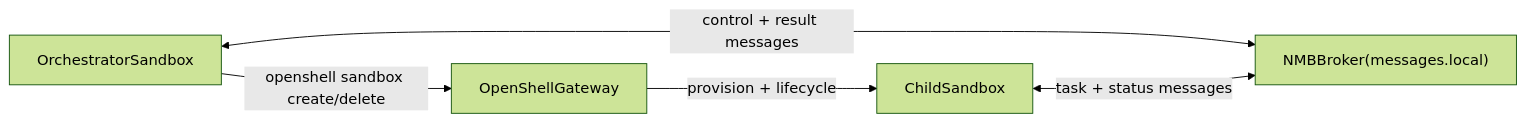
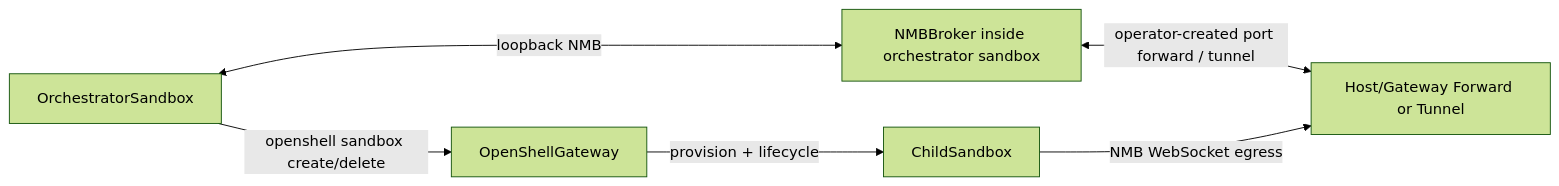
One commit to dpickem/nemoclaw_escapades changed the diagram in docs/sandbox_spawn_design.md. Above: the diagram before and after it, drawn with Mermaid (forest theme). The commit also changed other lines of this file, not shown here.

First line of the commit message:
docs(design): clarify sandbox-to-sandbox NMB rendezvous

````diff
--- a/docs/sandbox_spawn_design.md
+++ b/docs/sandbox_spawn_design.md
@@ -34,12 +34,14 @@
 ```mermaid
 flowchart LR
   orchestratorSandbox["OrchestratorSandbox"]
   openShellGateway["OpenShellGateway"]
   childSandbox["ChildSandbox"]
-  nmbBroker["NMBBroker(messages.local)"]
+  rendezvous["Host/Gateway Forward or Tunnel"]
+  nmbBroker["NMBBroker inside orchestrator sandbox"]
 
   orchestratorSandbox -->|"openshell sandbox create/delete"| openShellGateway
   openShellGateway -->|"provision + lifecycle"| childSandbox
-  orchestratorSandbox <-->|"control + result messages"| nmbBroker
-  childSandbox <-->|"task + status messages"| nmbBroker
+  nmbBroker <-->|"operator-created port forward / tunnel"| rendezvous
+  childSandbox -->|"NMB WebSocket egress"| rendezvous
+  orchestratorSandbox <-->|"loopback NMB"| nmbBroker
 ```
````
